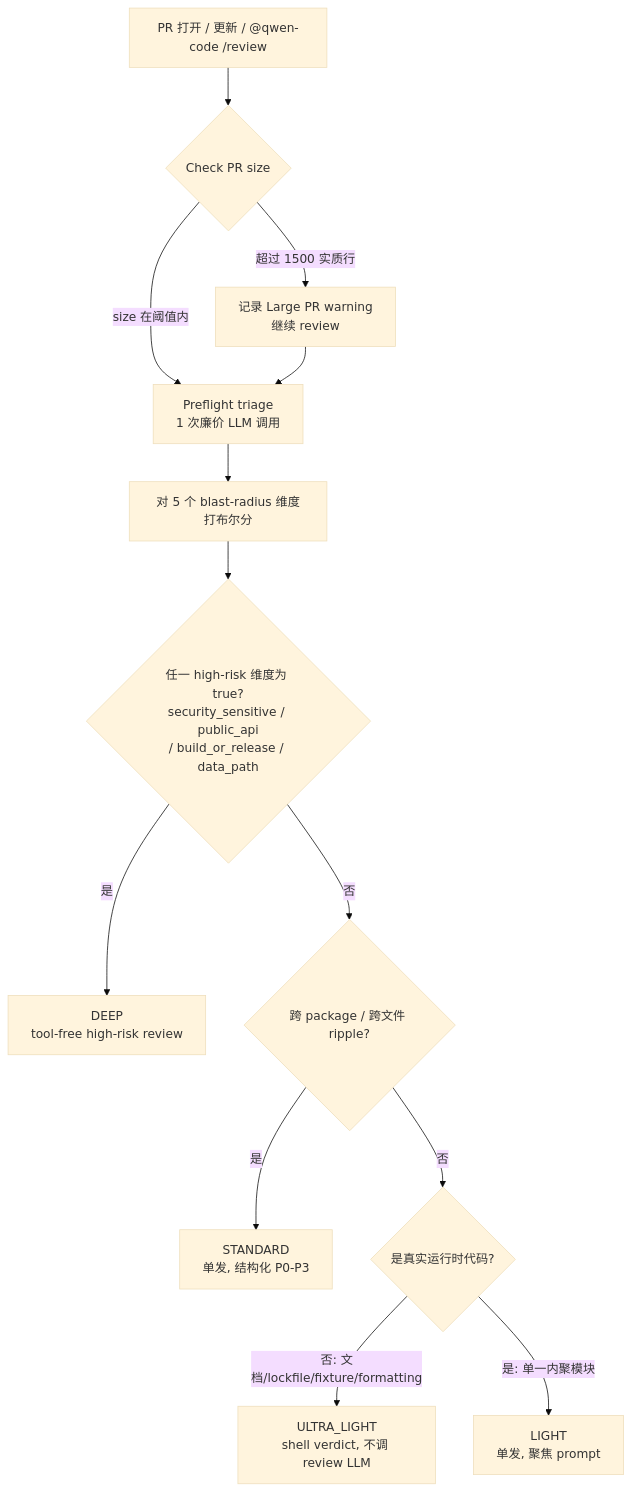
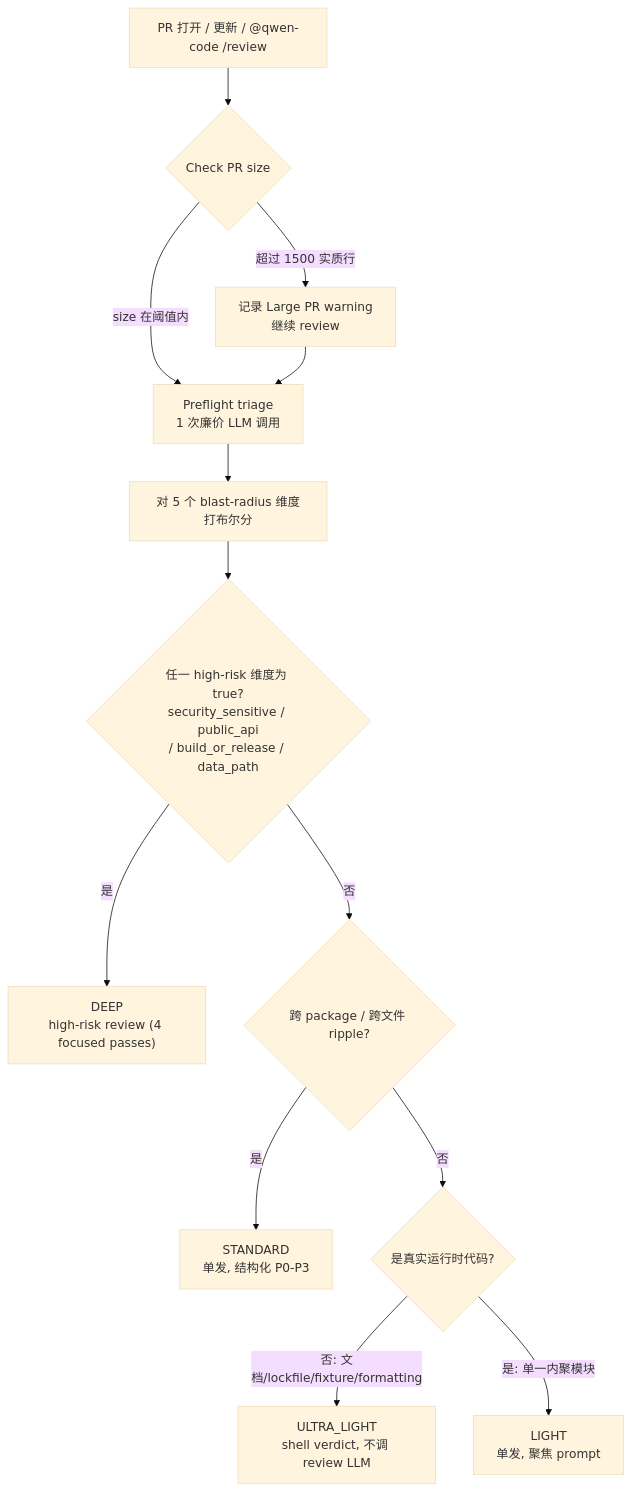
The diagram in docs/design/code-review/preflight-triage.md (QwenLM/qwen-code), drawn with Mermaid (base theme) before and after one commit. The commit also changed other lines of this file and 5 other files, not shown here.

````diff
--- a/docs/design/code-review/preflight-triage.md
+++ b/docs/design/code-review/preflight-triage.md
@@ -73,15 +75,15 @@
 ```mermaid
 flowchart TD
     A["PR 打开 / 更新 / @qwen-code /review"] --> B{"Check PR size"}
     B -->|"超过 1500 实质行"| W["记录 Large PR warning<br/>继续 review"]
     B -->|"size 在阈值内"| C["Preflight triage<br/>1 次廉价 LLM 调用"]
     W --> C
     C --> D["对 5 个 blast-radius 维度打布尔分"]
     D --> E{"任一 high-risk 维度为 true?<br/>security_sensitive / public_api<br/>/ build_or_release / data_path"}
-    E -->|"是"| DEEP["DEEP<br/>tool-free high-risk review"]
+    E -->|"是"| DEEP["DEEP<br/>high-risk review (4 focused passes)"]
     E -->|"否"| F{"跨 package / 跨文件 ripple?"}
     F -->|"是"| STD["STANDARD<br/>单发, 结构化 P0-P3"]
     F -->|"否"| G{"是真实运行时代码?"}
     G -->|"否: 文档/lockfile/fixture/formatting"| UL["ULTRA_LIGHT<br/>shell verdict, 不调 review LLM"]
     G -->|"是: 单一内聚模块"| LIGHT["LIGHT<br/>单发, 聚焦 prompt"]
 ```
````
